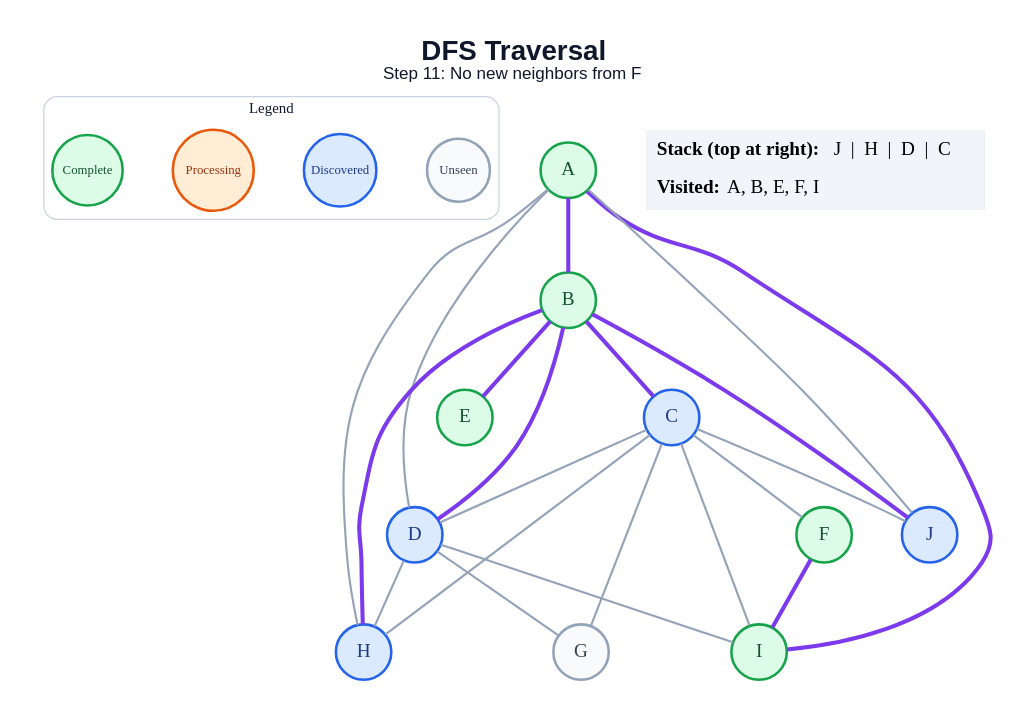
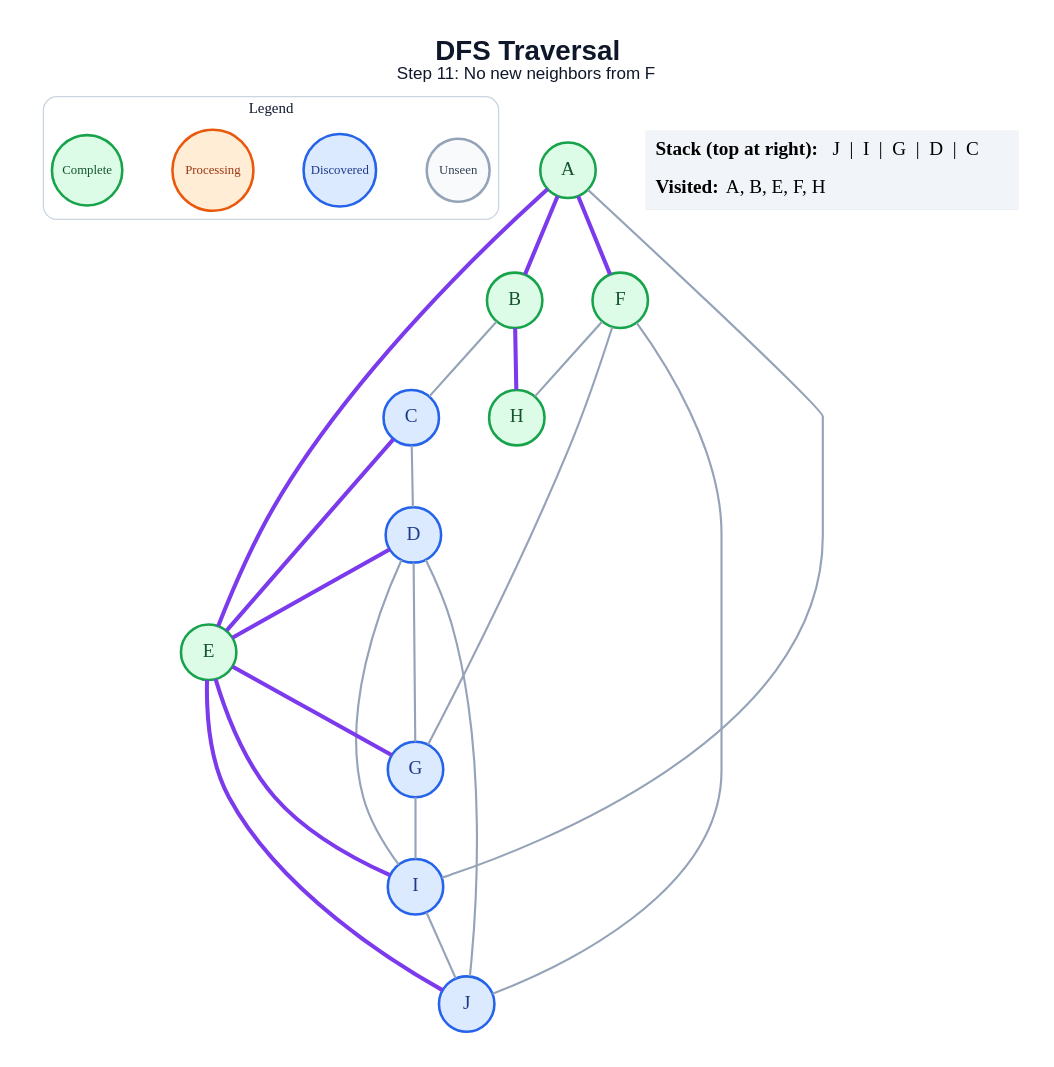
Before and after one commit to amanghodawala9/ai-slop: the diagram in generated/specific-node/dfs/step_11.dot, drawn with Graphviz. The commit also changed 178 other files, not shown here.

```diff
--- a/generated/specific-node/dfs/step_11.dot
+++ b/generated/specific-node/dfs/step_11.dot
@@ -1,49 +1,49 @@
 graph traversal {
   graph [layout=dot, rankdir=TB, bgcolor="#FFFFFF", pad="0.35", nodesep="0.65", ranksep="0.8", fontname="Arial"];
   node [shape=circle, style="filled", fontname="Arial Bold", fontsize=18, width=0.72, fixedsize=true, penwidth=2.4];
   edge [color="#94A3B8", penwidth=2.0];
   label=<<B>DFS Traversal</B><BR/><FONT POINT-SIZE="16">Step 11: No new neighbors from F</FONT>>; labelloc="t"; fontsize=26; fontname="Arial"; fontcolor="#0F172A";
   subgraph cluster_legend { label="Legend"; color="#CBD5E1"; penwidth=1.2; style="rounded"; fontsize=14; fontname="Arial Bold";
     key_unseen [label="Unseen", fillcolor="#F8FAFC", color="#94A3B8", fontcolor="#334155", fontsize=12, width=0.82];
     key_frontier [label="Discovered", fillcolor="#DBEAFE", color="#2563EB", fontcolor="#1E3A8A", fontsize=12, width=0.95];
     key_current [label="Processing", fillcolor="#FFEDD5", color="#EA580C", fontcolor="#9A3412", fontsize=12, width=1.05];
     key_done [label="Complete", fillcolor="#DCFCE7", color="#16A34A", fontcolor="#14532D", fontsize=12, width=0.92];
     { rank=same; key_unseen; key_frontier; key_current; key_done; }
   }
   A [fillcolor="#DCFCE7", color="#16A34A", fontcolor="#14532D"];
   B [fillcolor="#DCFCE7", color="#16A34A", fontcolor="#14532D"];
   C [fillcolor="#DBEAFE", color="#2563EB", fontcolor="#1E3A8A"];
   D [fillcolor="#DBEAFE", color="#2563EB", fontcolor="#1E3A8A"];
   E [fillcolor="#DCFCE7", color="#16A34A", fontcolor="#14532D"];
   F [fillcolor="#DCFCE7", color="#16A34A", fontcolor="#14532D"];
-  G [fillcolor="#F8FAFC", color="#94A3B8", fontcolor="#334155"];
-  H [fillcolor="#DBEAFE", color="#2563EB", fontcolor="#1E3A8A"];
-  I [fillcolor="#DCFCE7", color="#16A34A", fontcolor="#14532D"];
+  G [fillcolor="#DBEAFE", color="#2563EB", fontcolor="#1E3A8A"];
+  H [fillcolor="#DCFCE7", color="#16A34A", fontcolor="#14532D"];
+  I [fillcolor="#DBEAFE", color="#2563EB", fontcolor="#1E3A8A"];
   J [fillcolor="#DBEAFE", color="#2563EB", fontcolor="#1E3A8A"];
   A -- B [color="#7C3AED", penwidth=3.8];
-  A -- D;
-  A -- H;
-  A -- I [color="#7C3AED", penwidth=3.8];
-  A -- J;
-  B -- C [color="#7C3AED", penwidth=3.8];
-  B -- D [color="#7C3AED", penwidth=3.8];
-  B -- E [color="#7C3AED", penwidth=3.8];
+  A -- E [color="#7C3AED", penwidth=3.8];
+  A -- F [color="#7C3AED", penwidth=3.8];
+  A -- I;
+  B -- C;
   B -- H [color="#7C3AED", penwidth=3.8];
-  B -- J [color="#7C3AED", penwidth=3.8];
   C -- D;
-  C -- F;
-  C -- G;
-  C -- H;
-  C -- I;
-  C -- J;
+  C -- E [color="#7C3AED", penwidth=3.8];
+  D -- E [color="#7C3AED", penwidth=3.8];
   D -- G;
-  D -- H;
   D -- I;
-  F -- I [color="#7C3AED", penwidth=3.8];
+  D -- J;
+  E -- G [color="#7C3AED", penwidth=3.8];
+  E -- I [color="#7C3AED", penwidth=3.8];
+  E -- J [color="#7C3AED", penwidth=3.8];
+  F -- G;
+  F -- H;
+  F -- J;
+  G -- I;
+  I -- J;
   status [shape=plain, fixedsize=false, width=0, height=0, margin=0, label=<
     <TABLE BORDER="0" CELLBORDER="0" CELLPADDING="7" BGCOLOR="#F1F5F9">
-      <TR><TD ALIGN="LEFT"><B>Stack (top at right):</B> J  |  H  |  D  |  C</TD></TR>
-      <TR><TD ALIGN="LEFT"><B>Visited:</B> A, B, E, F, I</TD></TR>
+      <TR><TD ALIGN="LEFT"><B>Stack (top at right):</B> J  |  I  |  G  |  D  |  C</TD></TR>
+      <TR><TD ALIGN="LEFT"><B>Visited:</B> A, B, E, F, H</TD></TR>
     </TABLE>
   >];
 }
```
